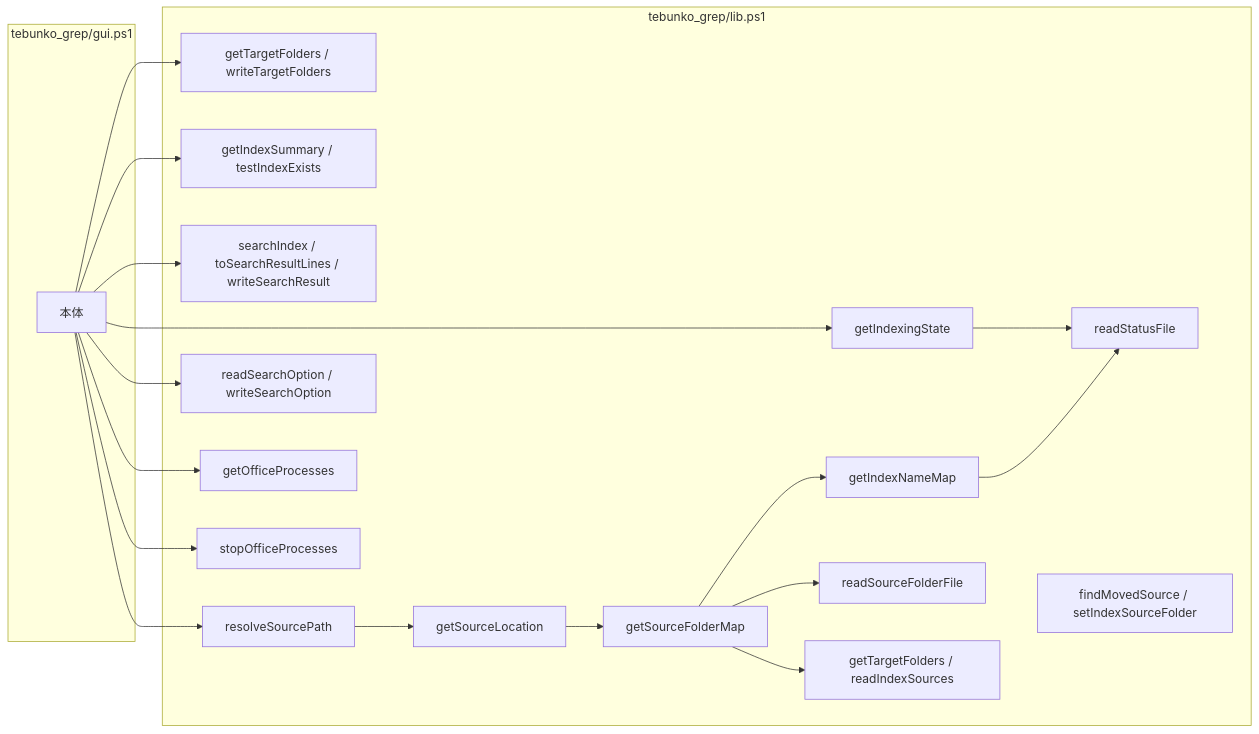
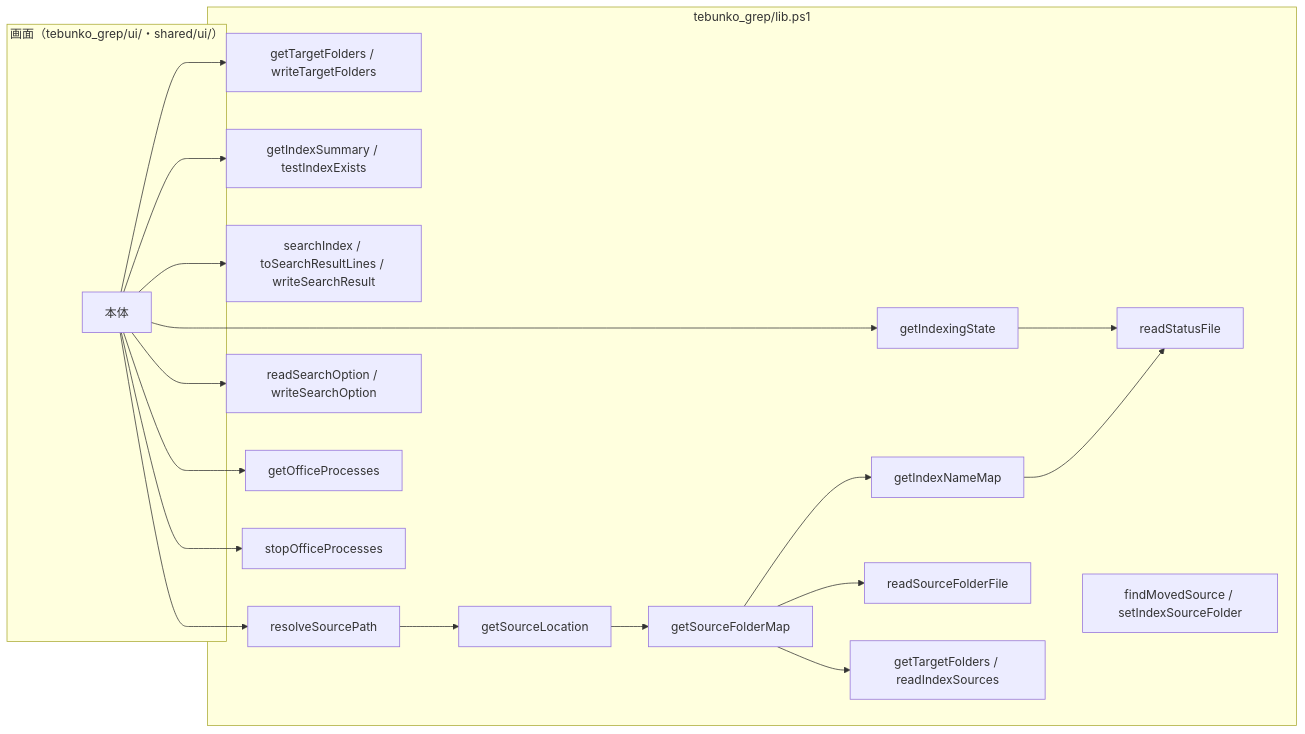
The second of 2 diagrams in docs/00_共通_2_共通モジュール.md (hsgwa/tebunko), drawn with Mermaid before and after one commit. The commit also changed other lines of this file and 43 other files, not shown here.

````diff
--- a/docs/00_共通_2_共通モジュール.md
+++ b/docs/00_共通_2_共通モジュール.md
@@ -187,21 +195,21 @@
 ```mermaid
 flowchart LR
-    subgraph GUI["tebunko_grep/gui.ps1"]
+    subgraph GUI["画面（tebunko_grep/ui/・shared/ui/）"]
         G["本体"]
     end
     subgraph CMS["tebunko_grep/lib.ps1"]
         TF["getTargetFolders / writeTargetFolders"]
         CS["getIndexingState"] --> RSF["readStatusFile"]
         SUM["getIndexSummary / testIndexExists"]
         SI["searchIndex / toSearchResultLines / writeSearchResult"]
         RSP["resolveSourcePath"] --> SL["getSourceLocation"] --> SFM["getSourceFolderMap"] --> INM["getIndexNameMap"] --> RSF
         SFM --> RSFF["readSourceFolderFile"]
         SFM --> TGT["getTargetFolders / readIndexSources"]
         RPL["findMovedSource / setIndexSourceFolder"]
         OPT["readSearchOption / writeSearchOption"]
         GOP["getOfficeProcesses"]
         SOP["stopOfficeProcesses"]
     end
 
     G --> TF & CS & SUM & SI & RSP & OPT & GOP & SOP
 ```
````
